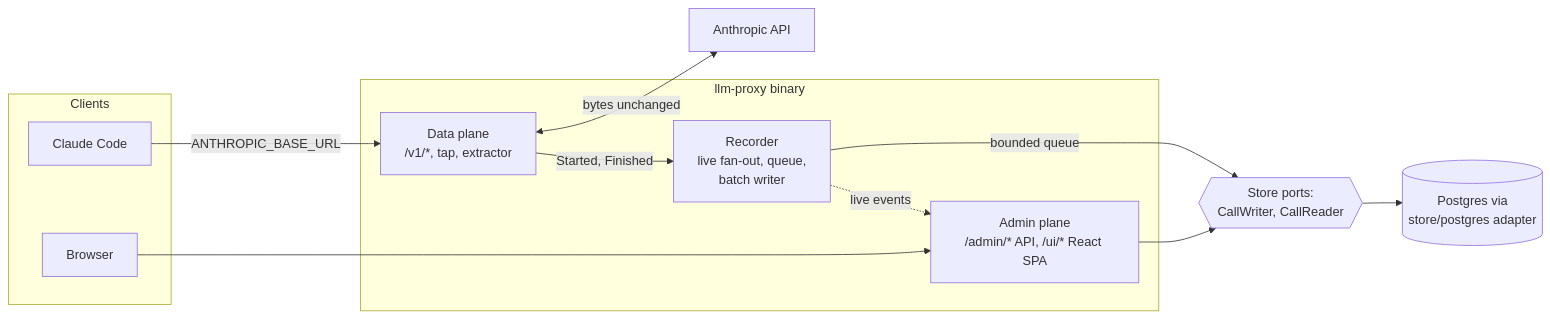
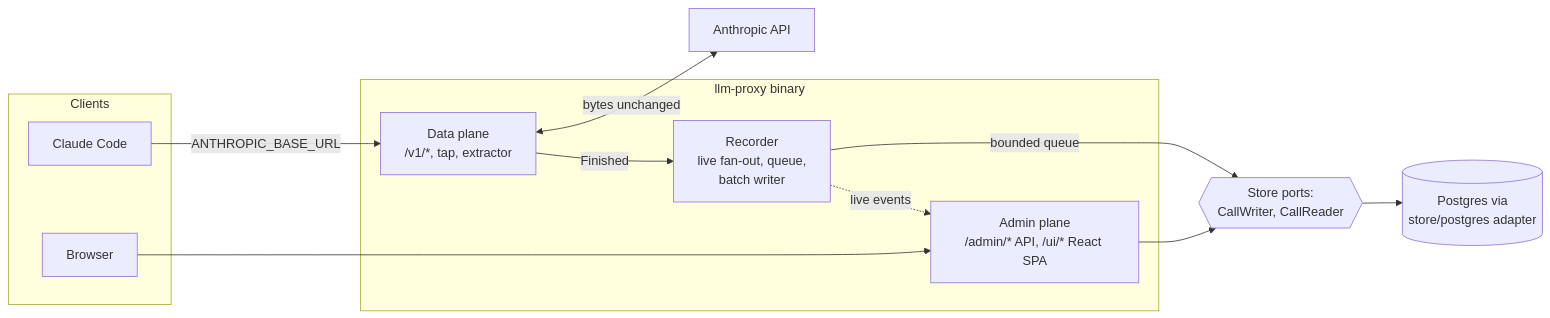
One commit to mtanzi/llm-proxy changed the diagram in docs/architecture/README.md. Above: the diagram before and after it, drawn with Mermaid. The commit also changed other lines of this file and 37 other files, not shown here.

````diff
--- a/docs/architecture/README.md
+++ b/docs/architecture/README.md
@@ -25,24 +25,24 @@
 ```mermaid
 flowchart LR
     subgraph clients[Clients]
         cc[Claude Code]
         br[Browser]
     end
     subgraph bin[llm-proxy binary]
         dp[Data plane<br/>/v1/*, tap, extractor]
         rec[Recorder<br/>live fan-out, queue,<br/>batch writer]
         adm[Admin plane<br/>/admin/* API, /ui/* React SPA]
     end
     up[Anthropic API]
     ports{{Store ports:<br/>CallWriter, CallReader}}
     pg[(Postgres via<br/>store/postgres adapter)]
 
     cc -->|ANTHROPIC_BASE_URL| dp
     dp <-->|bytes unchanged| up
-    dp -->|Started, Finished| rec
+    dp -->|Finished| rec
     rec -->|bounded queue| ports
     br --> adm
     adm --> ports
     ports --> pg
     rec -.->|live events| adm
 ```
````
